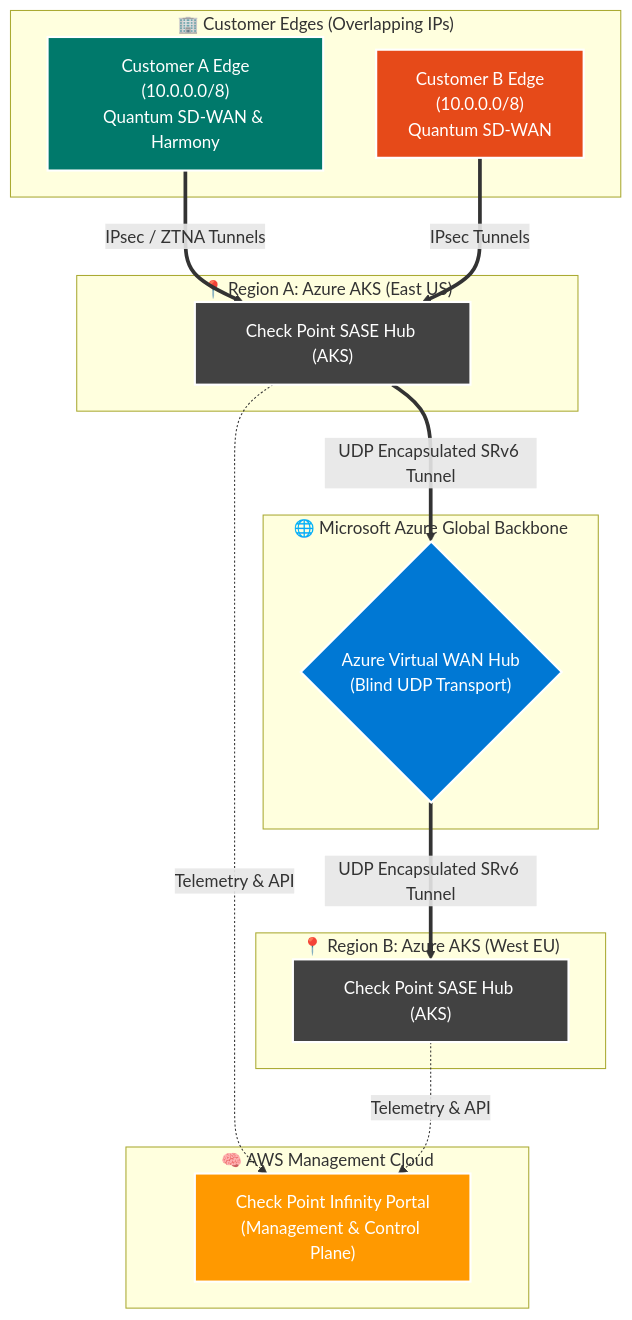
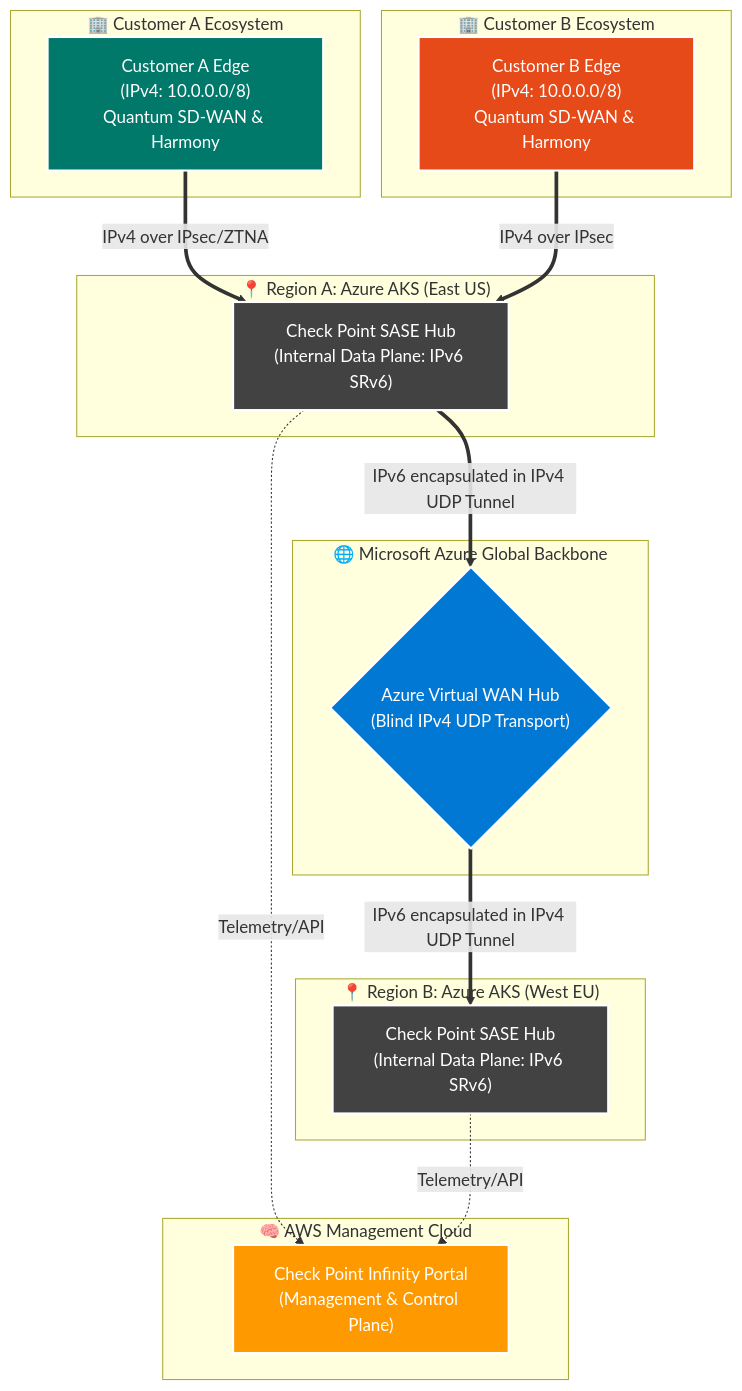
One commit to roie9876/SASE changed the first of 2 diagrams in checkpoint_aks_sase.md. Above: the diagram before and after it, drawn with Mermaid. The commit also changed other lines of this file, not shown here.

Commit message:
docs: clarify ipv4 vs ipv6 separation and split customer edges in mermaid diagram

````diff
--- a/checkpoint_aks_sase.md
+++ b/checkpoint_aks_sase.md
@@ -15,42 +19,46 @@
 ```mermaid
 flowchart TD
     %% Styling
     classDef azure fill:#0078D4,stroke:#fff,stroke-width:2px,color:#fff
     classDef custA fill:#00796B,stroke:#fff,stroke-width:2px,color:#fff
     classDef custB fill:#E64A19,stroke:#fff,stroke-width:2px,color:#fff
     classDef hw fill:#424242,stroke:#fff,stroke-width:2px,color:#fff
     classDef aws fill:#FF9900,stroke:#fff,stroke-width:2px,color:#fff
 
     subgraph AWS [" 🧠 AWS Management Cloud "]
         Infinity["Check Point Infinity Portal<br/>(Management & Control Plane)"]:::aws
     end
 
-    subgraph Edges [" 🏢 Customer Edges (Overlapping IPs) "]
-        A_Branch["Customer A Edge<br/>(10.0.0.0/8)<br/>Quantum SD-WAN & Harmony"]:::custA
-        B_Branch["Customer B Edge<br/>(10.0.0.0/8)<br/>Quantum SD-WAN"]:::custB
+    %% Using separate subgraphs for edges fixes the UI text cutoff
+    subgraph EdgeA [" 🏢 Customer A Ecosystem "]
+        A_Branch["Customer A Edge<br/>(IPv4: 10.0.0.0/8)<br/>Quantum SD-WAN & Harmony"]:::custA
+    end
+
+    subgraph EdgeB [" 🏢 Customer B Ecosystem "]
+        B_Branch["Customer B Edge<br/>(IPv4: 10.0.0.0/8)<br/>Quantum SD-WAN & Harmony"]:::custB
     end
 
     subgraph RegionA [" 📍 Region A: Azure AKS (East US) "]
-        SaseHubA["Check Point SASE Hub (AKS)"]:::hw
+        SaseHubA["Check Point SASE Hub<br/>(Internal Data Plane: IPv6 SRv6)"]:::hw
     end
 
     subgraph Underlay [" 🌐 Microsoft Azure Global Backbone "]
-        vWAN{"Azure Virtual WAN Hub<br/>(Blind UDP Transport)"}:::azure
+        vWAN{"Azure Virtual WAN Hub<br/>(Blind IPv4 UDP Transport)"}:::azure
     end
 
     subgraph RegionB [" 📍 Region B: Azure AKS (West EU) "]
-        SaseHubB["Check Point SASE Hub (AKS)"]:::hw
+        SaseHubB["Check Point SASE Hub<br/>(Internal Data Plane: IPv6 SRv6)"]:::hw
     end
 
     %% Edge Connections
-    A_Branch ==>|"IPsec / ZTNA Tunnels"| SaseHubA
-    B_Branch ==>|"IPsec Tunnels"| SaseHubA
+    A_Branch ==>|"IPv4 over IPsec/ZTNA"| SaseHubA
+    B_Branch ==>|"IPv4 over IPsec"| SaseHubA
 
     %% Control Plane Connections
-    SaseHubA -. "Telemetry & API" .-> Infinity
-    SaseHubB -. "Telemetry & API" .-> Infinity
+    SaseHubA -. "Telemetry/API" .-> Infinity
+    SaseHubB -. "Telemetry/API" .-> Infinity
 
     %% Data Plane Tunnels Routing
-    SaseHubA ==>|"UDP Encapsulated SRv6 Tunnel"| vWAN
-    vWAN ==>|"UDP Encapsulated SRv6 Tunnel"| SaseHubB
+    SaseHubA ==>|"IPv6 encapsulated in IPv4 UDP Tunnel"| vWAN
+    vWAN ==>|"IPv6 encapsulated in IPv4 UDP Tunnel"| SaseHubB
 ```
````
